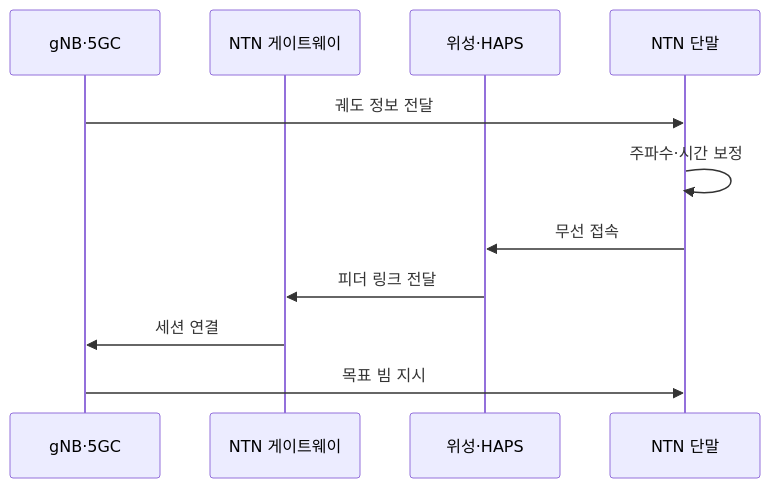
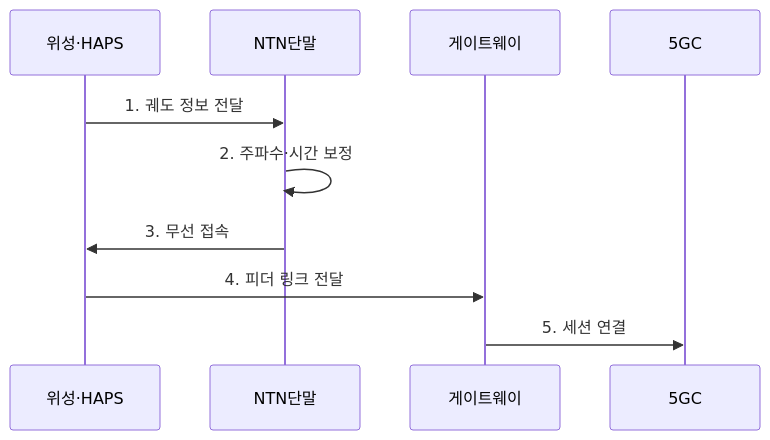
The second of 2 diagrams in src/content/docs/notes/04-network/044_non_terrestrial_network.md (agnusdei1207/knowledge-base), drawn with Mermaid before and after one commit. The commit also changed other lines of this file and 20 other files, not shown here.

````diff
--- a/src/content/docs/notes/04-network/044_non_terrestrial_network.md
+++ b/src/content/docs/notes/04-network/044_non_terrestrial_network.md
@@ -87,13 +82,12 @@
 ```mermaid
 sequenceDiagram
-    participant C as gNB·5GC
-    participant G as NTN 게이트웨이
-    participant S as 위성·HAPS
-    participant U as NTN 단말
-    C->>U: 궤도 정보 전달
-    U->>U: 주파수·시간 보정
-    U->>S: 무선 접속
-    S->>G: 피더 링크 전달
-    G->>C: 세션 연결
-    C->>U: 목표 빔 지시
+    participant 위성·HAPS
+    participant NTN단말
+    participant 게이트웨이
+    participant 5GC
+    위성·HAPS->>NTN단말: 1. 궤도 정보 전달
+    NTN단말->>NTN단말: 2. 주파수·시간 보정
+    NTN단말->>위성·HAPS: 3. 무선 접속
+    위성·HAPS->>게이트웨이: 4. 피더 링크 전달
+    게이트웨이->>5GC: 5. 세션 연결
 ```
````
